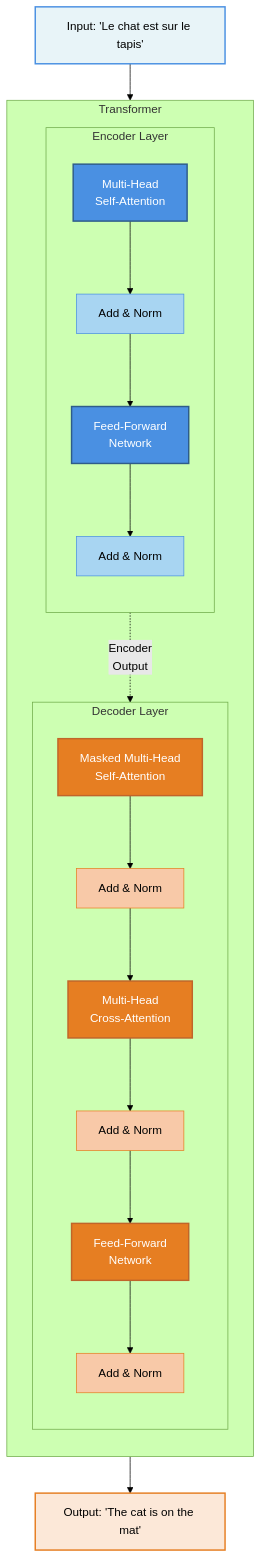
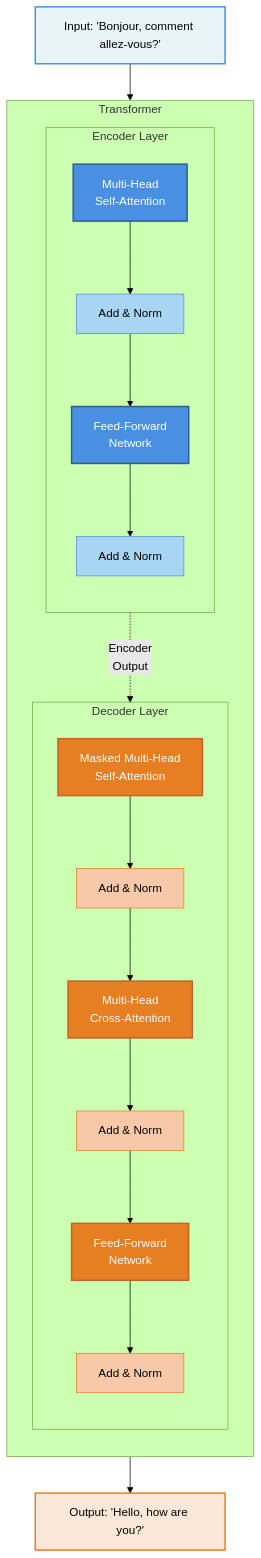
One commit to simonguest/CS-394 changed the diagram in src/01/diagrams/transformer-4.mmd. Above: the diagram before and after it, drawn with Mermaid (forest theme). The commit also changed 7 other files, not shown here.

```diff
--- a/src/01/diagrams/transformer-4.mmd
+++ b/src/01/diagrams/transformer-4.mmd
@@ -1,50 +1,50 @@
 graph TB
-    Input["Input: 'Le chat est sur le tapis'"]
+    Input["Input: 'Bonjour, comment allez-vous?'"]
     
     subgraph Transformer
         direction TB
         
         subgraph "Encoder Layer"
             direction TB
             E_SelfAttn[Multi-Head<br/>Self-Attention]
             E_AddNorm1[Add & Norm]
             E_FFN[Feed-Forward<br/>Network]
             E_AddNorm2[Add & Norm]
             
             E_SelfAttn --> E_AddNorm1 --> E_FFN --> E_AddNorm2
         end
         
         subgraph "Decoder Layer"
             direction TB
             D_SelfAttn[Masked Multi-Head<br/>Self-Attention]
             D_AddNorm1[Add & Norm]
             D_CrossAttn[Multi-Head<br/>Cross-Attention]
             D_AddNorm2[Add & Norm]
             D_FFN[Feed-Forward<br/>Network]
             D_AddNorm3[Add & Norm]
             
             D_SelfAttn --> D_AddNorm1 --> D_CrossAttn --> D_AddNorm2 --> D_FFN --> D_AddNorm3
         end
         
         E_AddNorm2 -.->|Encoder<br/>Output| D_CrossAttn
     end
     
-    Output["Output: 'The cat is on the mat'"]
+    Output["Output: 'Hello, how are you?'"]
     
     Input --> E_SelfAttn
     D_AddNorm3 --> Output
     
     style E_SelfAttn fill:#4A90E2,stroke:#2E5C8A,stroke-width:2px,color:#fff
     style E_FFN fill:#4A90E2,stroke:#2E5C8A,stroke-width:2px,color:#fff
     style E_AddNorm1 fill:#A8D5F2,stroke:#4A90E2,stroke-width:1px,color:#000
     style E_AddNorm2 fill:#A8D5F2,stroke:#4A90E2,stroke-width:1px,color:#000
     
     style D_SelfAttn fill:#E67E22,stroke:#C0652A,stroke-width:2px,color:#fff
     style D_CrossAttn fill:#E67E22,stroke:#C0652A,stroke-width:2px,color:#fff
     style D_FFN fill:#E67E22,stroke:#C0652A,stroke-width:2px,color:#fff
     style D_AddNorm1 fill:#F8C9A8,stroke:#E67E22,stroke-width:1px,color:#000
     style D_AddNorm2 fill:#F8C9A8,stroke:#E67E22,stroke-width:1px,color:#000
     style D_AddNorm3 fill:#F8C9A8,stroke:#E67E22,stroke-width:1px,color:#000
     
     style Input fill:#E8F4F8,stroke:#4A90E2,stroke-width:2px
     style Output fill:#FCE8D8,stroke:#E67E22,stroke-width:2px
```
